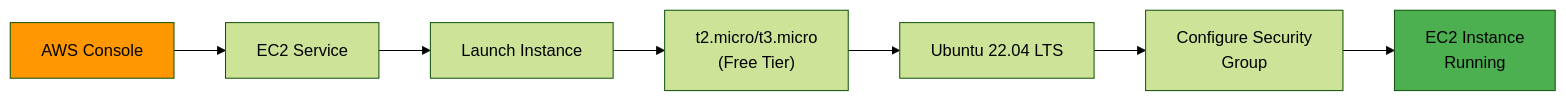
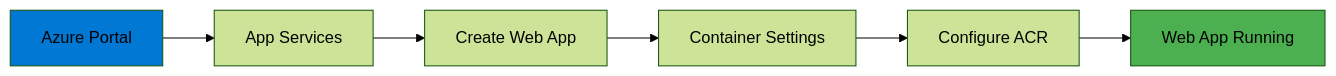
Before and after one commit to jagadeshchilla/student_performance_AZURE: the fourth of 6 diagrams in README.md, drawn with Mermaid (forest theme). The commit also changed other lines of this file and 3 other files, not shown here.

````diff
--- a/README.md
+++ b/README.md
@@ -110,12 +109,11 @@
 ```mermaid
 graph LR
-    A["AWS Console"] --> B["EC2 Service"]
-    B --> C["Launch Instance"]
-    C --> D["t2.micro/t3.micro<br/>(Free Tier)"]
-    D --> E["Ubuntu 22.04 LTS"]
-    E --> F["Configure Security<br/>Group"]
-    F --> G["EC2 Instance<br/>Running"]
+    A["Azure Portal"] --> B["App Services"]
+    B --> C["Create Web App"]
+    C --> D["Container Settings"]
+    D --> E["Configure ACR"]
+    E --> F["Web App Running"]
     
-    style A fill:#ff9800
-    style G fill:#4caf50
+    style A fill:#0078d4
+    style F fill:#4caf50
 ```
````
